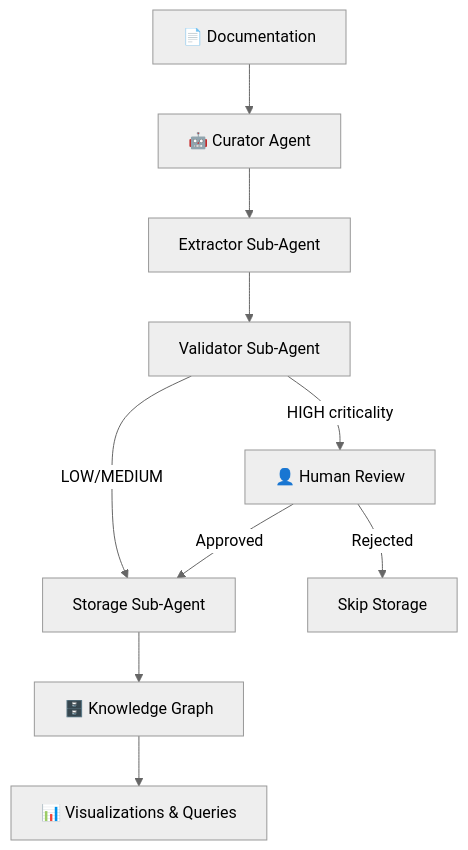
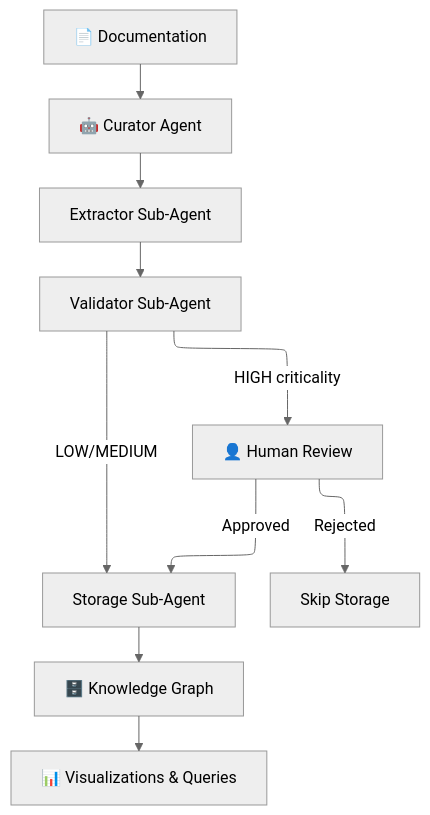
One commit to phantom-man/PROVES_LIBRARY changed the first of 3 diagrams in README.md. Above: the diagram before and after it, drawn with Mermaid (neutral theme). The commit also changed 10 other files, not shown here.

Commit message:
Convert mermaid flowcharts to flowchart-elk

````diff
--- a/README.md
+++ b/README.md
@@ -143,12 +143,12 @@
 ```mermaid
-graph TD
+flowchart-elk TD
   A[📄 Documentation] --> B[🤖 Curator Agent]
   B --> C[Extractor Sub-Agent]
   C --> D[Validator Sub-Agent]
   D -->|LOW/MEDIUM| E[Storage Sub-Agent]
   D -->|HIGH criticality| F[👤 Human Review]
   F -->|Approved| E
   F -->|Rejected| G[Skip Storage]
   E --> H[🗄️ Knowledge Graph]
   H --> I[📊 Visualizations & Queries]
 ```
````
